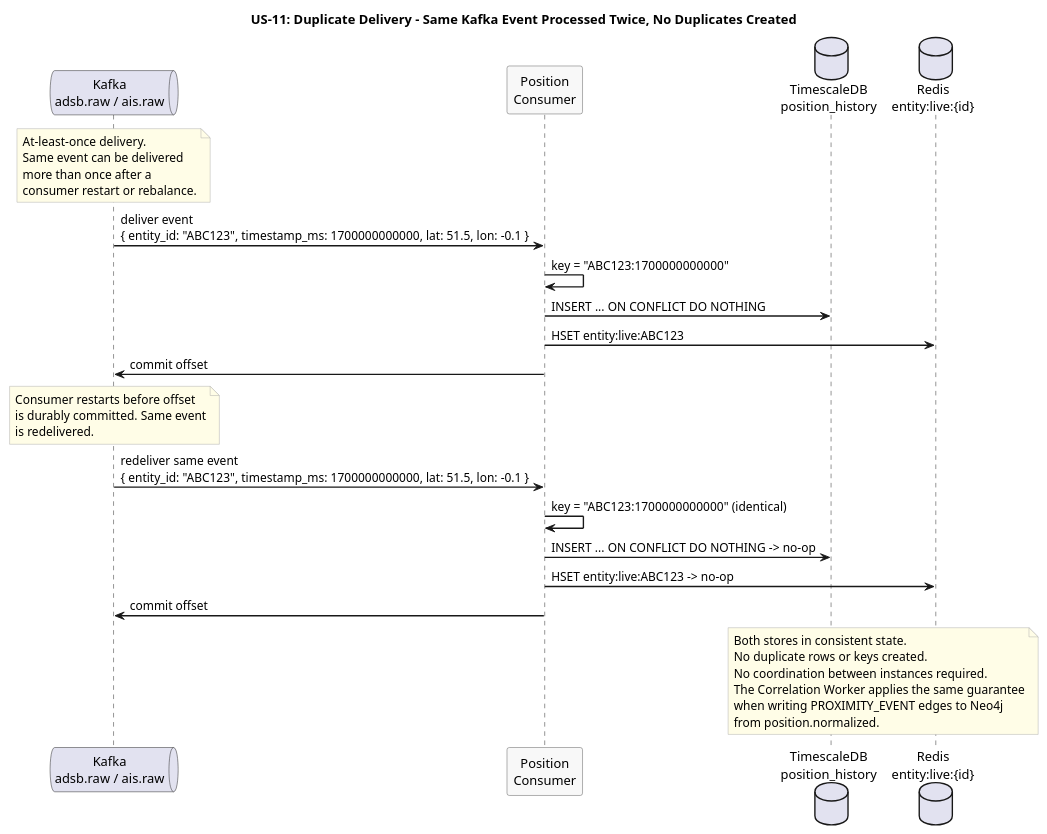
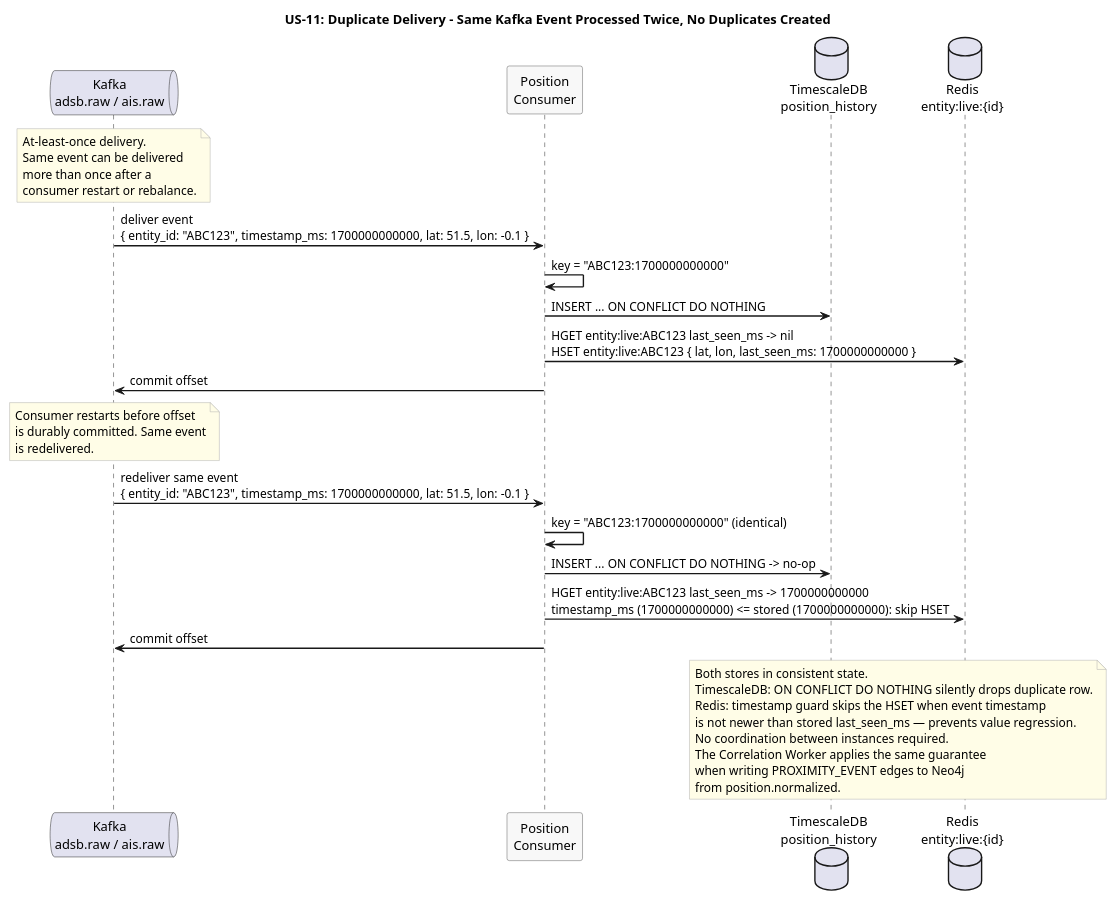
One commit to Buffden/sentinel changed the diagram in docs/use-cases/US-11-idempotent-writes/duplicate-delivery.puml. Above: the diagram before and after it, drawn with PlantUML. The commit also changed 4 other files, not shown here.

First line of the commit message:
schema: fix idempotency — Redis HSET requires timestamp guard; define two replay modes

```diff
--- a/docs/use-cases/US-11-idempotent-writes/duplicate-delivery.puml
+++ b/docs/use-cases/US-11-idempotent-writes/duplicate-delivery.puml
@@ -1,49 +1,51 @@
 @startuml duplicate-delivery
 title US-11: Duplicate Delivery - Same Kafka Event Processed Twice, No Duplicates Created
 
 skinparam sequenceArrowThickness 1.5
 skinparam participantBorderColor #555555
 skinparam participantBackgroundColor #F8F8F8
 skinparam noteBorderColor #AAAAAA
 skinparam noteBackgroundColor #FFFDE7
 
 queue "Kafka\nadsb.raw / ais.raw" as Kafka
 participant "Position\nConsumer" as Consumer
 database "TimescaleDB\nposition_history" as TSDB
 database "Redis\nentity:live:{id}" as Redis
 
 note over Kafka
   At-least-once delivery.
   Same event can be delivered
   more than once after a
   consumer restart or rebalance.
 end note
 
 Kafka -> Consumer : deliver event\n{ entity_id: "ABC123", timestamp_ms: 1700000000000, lat: 51.5, lon: -0.1 }
 Consumer -> Consumer : key = "ABC123:1700000000000"
 Consumer -> TSDB : INSERT ... ON CONFLICT DO NOTHING
-Consumer -> Redis : HSET entity:live:ABC123
+Consumer -> Redis : HGET entity:live:ABC123 last_seen_ms -> nil\nHSET entity:live:ABC123 { lat, lon, last_seen_ms: 1700000000000 }
 Consumer -> Kafka : commit offset
 
 note over Kafka
   Consumer restarts before offset
   is durably committed. Same event
   is redelivered.
 end note
 
 Kafka -> Consumer : redeliver same event\n{ entity_id: "ABC123", timestamp_ms: 1700000000000, lat: 51.5, lon: -0.1 }
 Consumer -> Consumer : key = "ABC123:1700000000000" (identical)
 Consumer -> TSDB : INSERT ... ON CONFLICT DO NOTHING -> no-op
-Consumer -> Redis : HSET entity:live:ABC123 -> no-op
+Consumer -> Redis : HGET entity:live:ABC123 last_seen_ms -> 1700000000000\ntimestamp_ms (1700000000000) <= stored (1700000000000): skip HSET
 Consumer -> Kafka : commit offset
 
 note over TSDB, Redis
   Both stores in consistent state.
-  No duplicate rows or keys created.
+  TimescaleDB: ON CONFLICT DO NOTHING silently drops duplicate row.
+  Redis: timestamp guard skips the HSET when event timestamp
+  is not newer than stored last_seen_ms — prevents value regression.
   No coordination between instances required.
   The Correlation Worker applies the same guarantee
   when writing PROXIMITY_EVENT edges to Neo4j
   from position.normalized.
 end note
 
 @enduml
```
